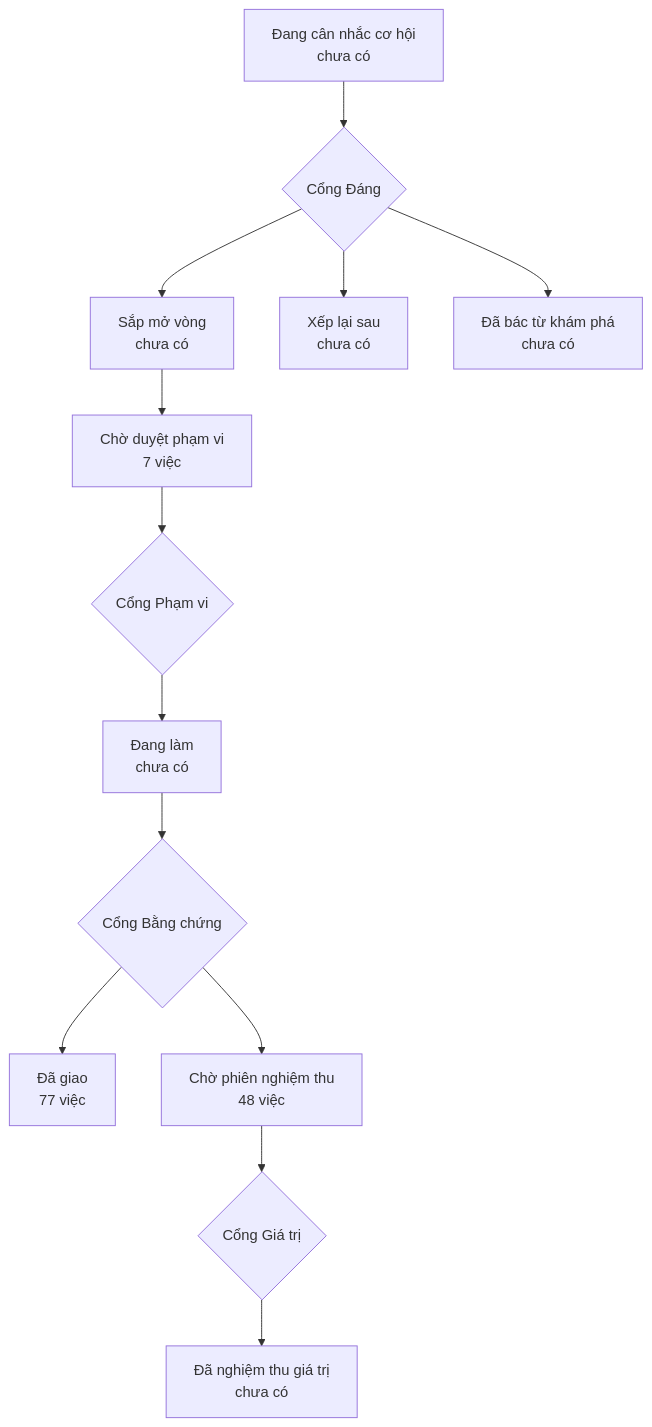
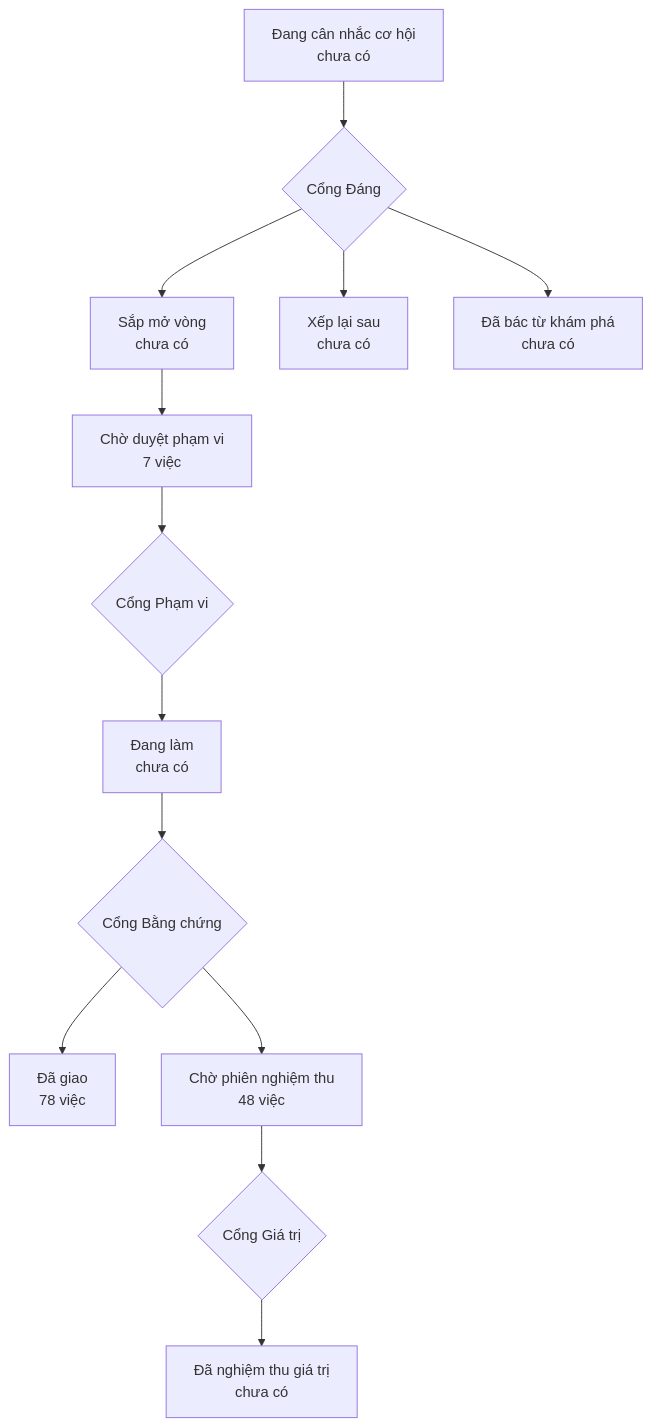
One commit to phanlemanh/onehub-invest changed the diagram in PRODUCT-MAP.md. Above: the diagram before and after it, drawn with Mermaid. The commit also changed other lines of this file and 4 other files, not shown here.

````diff
--- a/PRODUCT-MAP.md
+++ b/PRODUCT-MAP.md
@@ -7,12 +7,12 @@
 ```mermaid
 flowchart TD
   A["Đang cân nhắc cơ hội<br/>chưa có"] --> GD{"Cổng Đáng"}
   GD --> B["Sắp mở vòng<br/>chưa có"]
   GD --> XL["Xếp lại sau<br/>chưa có"]
   GD --> DB["Đã bác từ khám phá<br/>chưa có"]
   B --> CD["Chờ duyệt phạm vi<br/>7 việc"] --> GP{"Cổng Phạm vi"}
   GP --> DL["Đang làm<br/>chưa có"] --> GB{"Cổng Bằng chứng"}
-  GB --> DG["Đã giao<br/>77 việc"]
+  GB --> DG["Đã giao<br/>78 việc"]
   GB --> CN["Chờ phiên nghiệm thu<br/>48 việc"] --> GG{"Cổng Giá trị"}
   GG --> NT["Đã nghiệm thu giá trị<br/>chưa có"]
 ```
````
